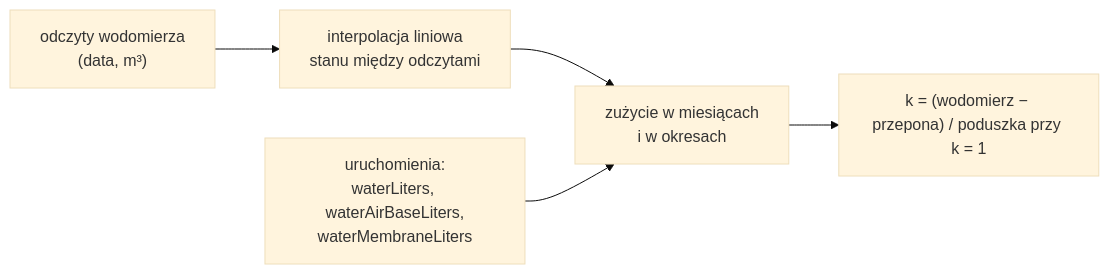
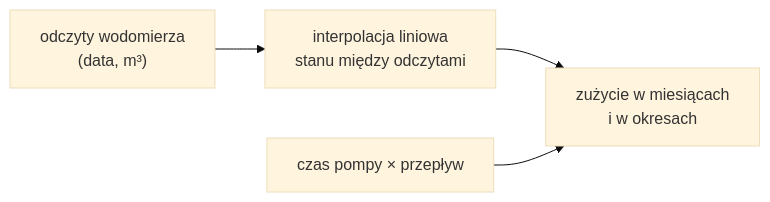
One commit to robertorlowski/chpc-web changed the fourth of 5 diagrams in docs/moduly/water-pressure-tank/2-zasada-dzialania.md. Above: the diagram before and after it, drawn with Mermaid (base theme). The commit also changed other lines of this file and 53 other files, not shown here.

````diff
--- a/docs/moduly/water-pressure-tank/2-zasada-dzialania.md
+++ b/docs/moduly/water-pressure-tank/2-zasada-dzialania.md
@@ -59,7 +76,6 @@
 ```mermaid
 flowchart LR
     R["odczyty wodomierza<br/>(data, m³)"] --> I["interpolacja liniowa<br/>stanu między odczytami"]
     I --> MON["zużycie w miesiącach<br/>i w okresach"]
-    RUNS["uruchomienia:<br/>waterLiters, waterAirBaseLiters,<br/>waterMembraneLiters"] --> MON
-    MON --> K["k = (wodomierz − przepona) / poduszka przy k = 1"]
+    RUNS["czas pompy × przepływ"] --> MON
 ```
````
